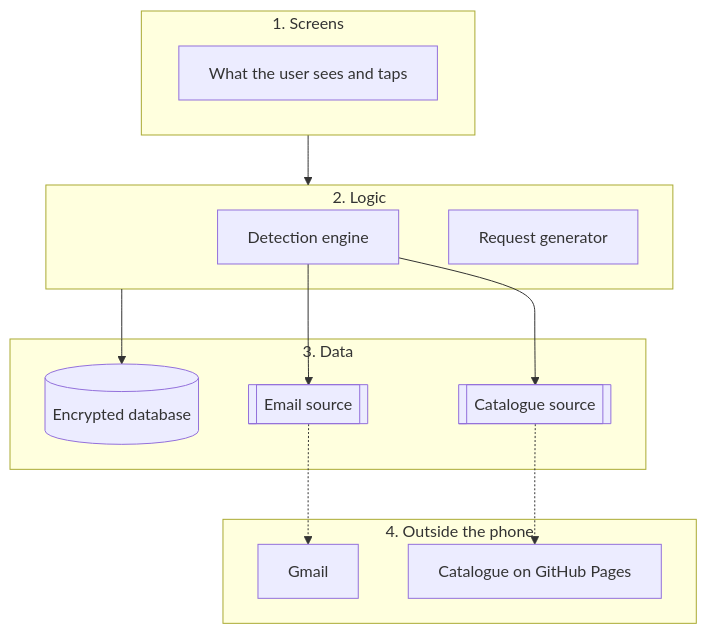
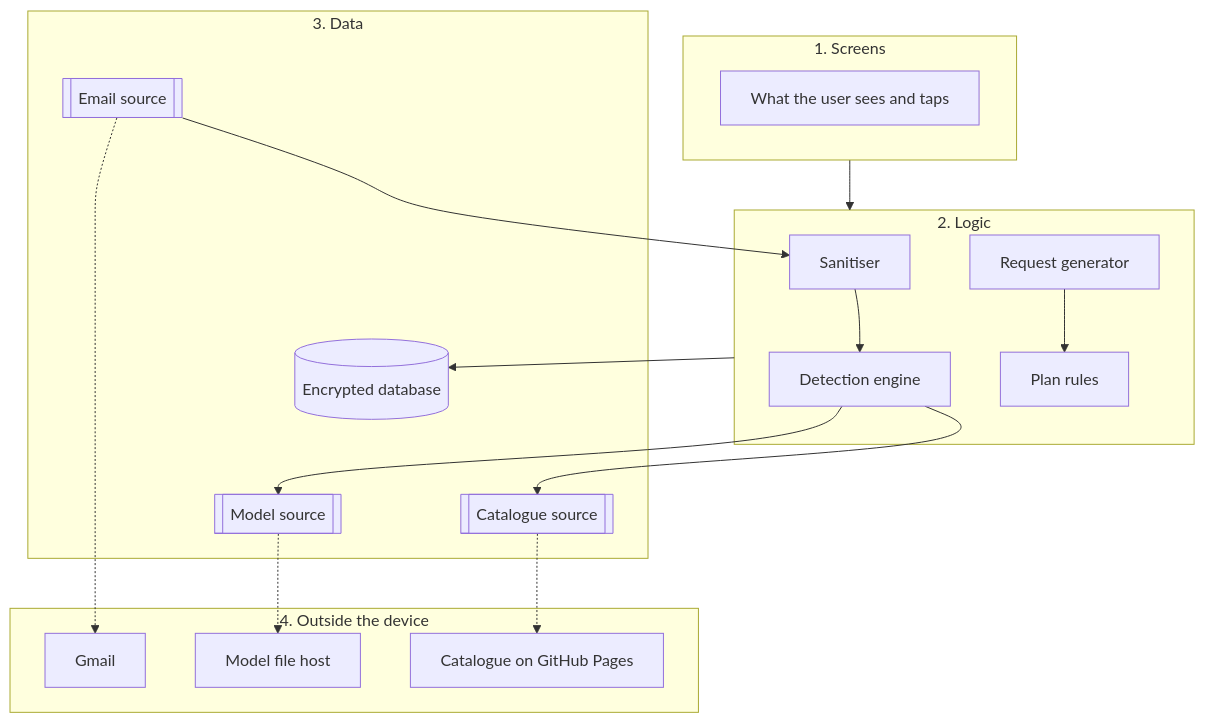
Before and after one commit to matildez0/Veto: the first of 2 diagrams in mvp/ARCHITECTURE.md, drawn with Mermaid. The commit also changed other lines of this file and 14 other files, not shown here.

````diff
--- a/mvp/ARCHITECTURE.md
+++ b/mvp/ARCHITECTURE.md
@@ -27,29 +33,37 @@
 ```mermaid
 flowchart TD
     subgraph L1[1. Screens]
         S[What the user sees and taps]
     end
 
     subgraph L2[2. Logic]
+        SA[Sanitiser]
         DE[Detection engine]
         RG[Request generator]
+        PR[Plan rules]
     end
 
     subgraph L3[3. Data]
         DB[(Encrypted database)]
         EI[[Email source]]
         CI[[Catalogue source]]
+        MI[[Model source]]
     end
 
-    subgraph L4[4. Outside the phone]
+    subgraph L4[4. Outside the device]
         G[Gmail]
         GH[Catalogue on GitHub Pages]
+        MH[Model file host]
     end
 
     L1 --> L2
-    DE --> EI
+    EI --> SA
+    SA --> DE
     DE --> CI
+    DE --> MI
+    RG --> PR
     L2 --> DB
     EI -.-> G
     CI -.-> GH
+    MI -.-> MH
 ```
````
